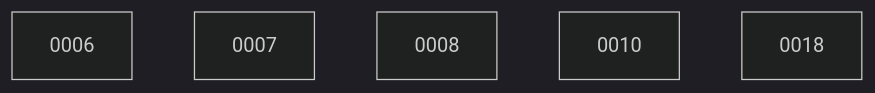
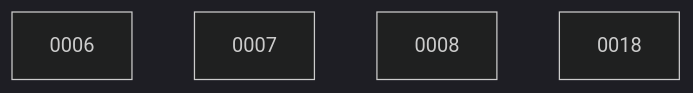
Before and after one commit to ethanhinson/codeindex: the diagram in docs/changes/BOARD.md, drawn with Mermaid (dark theme). The commit also changed other lines of this file, not shown here.

````diff
--- a/docs/changes/BOARD.md
+++ b/docs/changes/BOARD.md
@@ -20,8 +14,7 @@
 ```mermaid
 graph TD
   0006
   0007
   0008
-  0010
   0018
 ```
````
